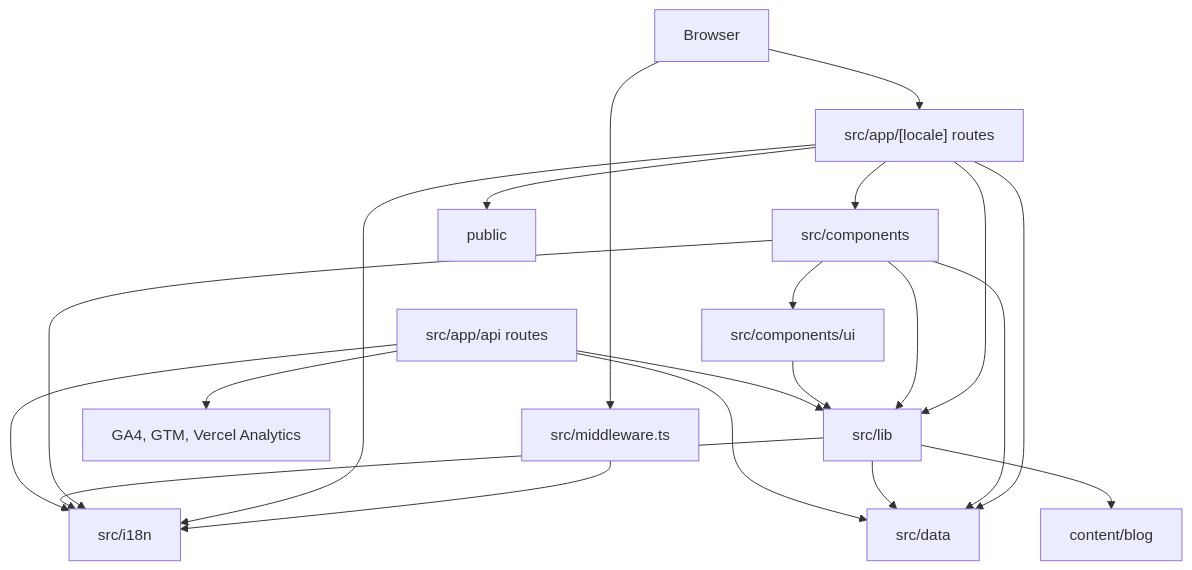
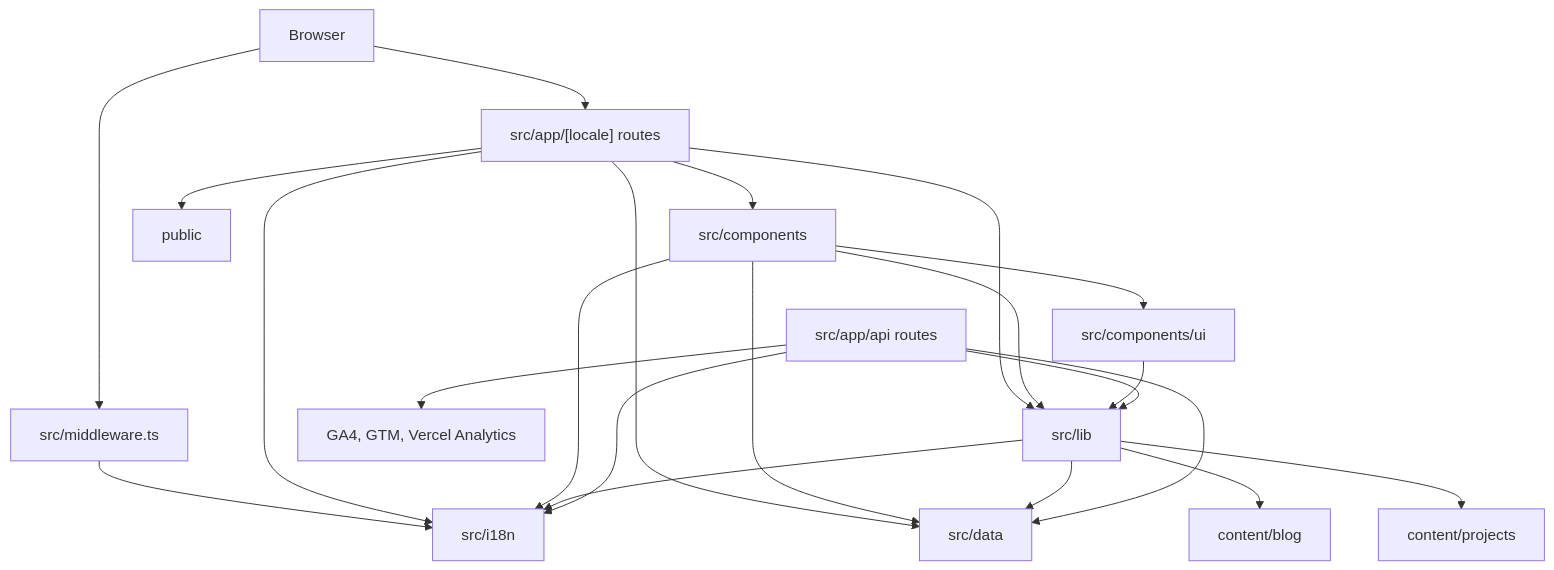
Before and after one commit to CreatBob/career-portfolio: the diagram in docs/ARCHITECTURE.md, drawn with Mermaid. The commit also changed other lines of this file and 34 other files, not shown here.

````diff
--- a/docs/ARCHITECTURE.md
+++ b/docs/ARCHITECTURE.md
@@ -16,36 +16,38 @@
 ```mermaid
 graph TD
     Browser["Browser"]
     Proxy["src/middleware.ts"]
     App["src/app/[locale] routes"]
     Api["src/app/api routes"]
     Components["src/components"]
     UI["src/components/ui"]
     I18n["src/i18n"]
     Lib["src/lib"]
     Data["src/data"]
-    Content["content/blog"]
+    BlogContent["content/blog"]
+    ProjectContent["content/projects"]
     Public["public"]
     ThirdParty["GA4, GTM, Vercel Analytics"]
 
     Browser --> Proxy
     Proxy --> I18n
     Browser --> App
     App --> Components
     App --> I18n
     App --> Lib
     App --> Data
     App --> Public
     Components --> UI
     Components --> I18n
     Components --> Lib
     Components --> Data
     UI --> Lib
     Lib --> Data
     Lib --> I18n
-    Lib --> Content
+    Lib --> BlogContent
+    Lib --> ProjectContent
     Api --> Lib
     Api --> I18n
     Api --> Data
     Api --> ThirdParty
 ```
````
